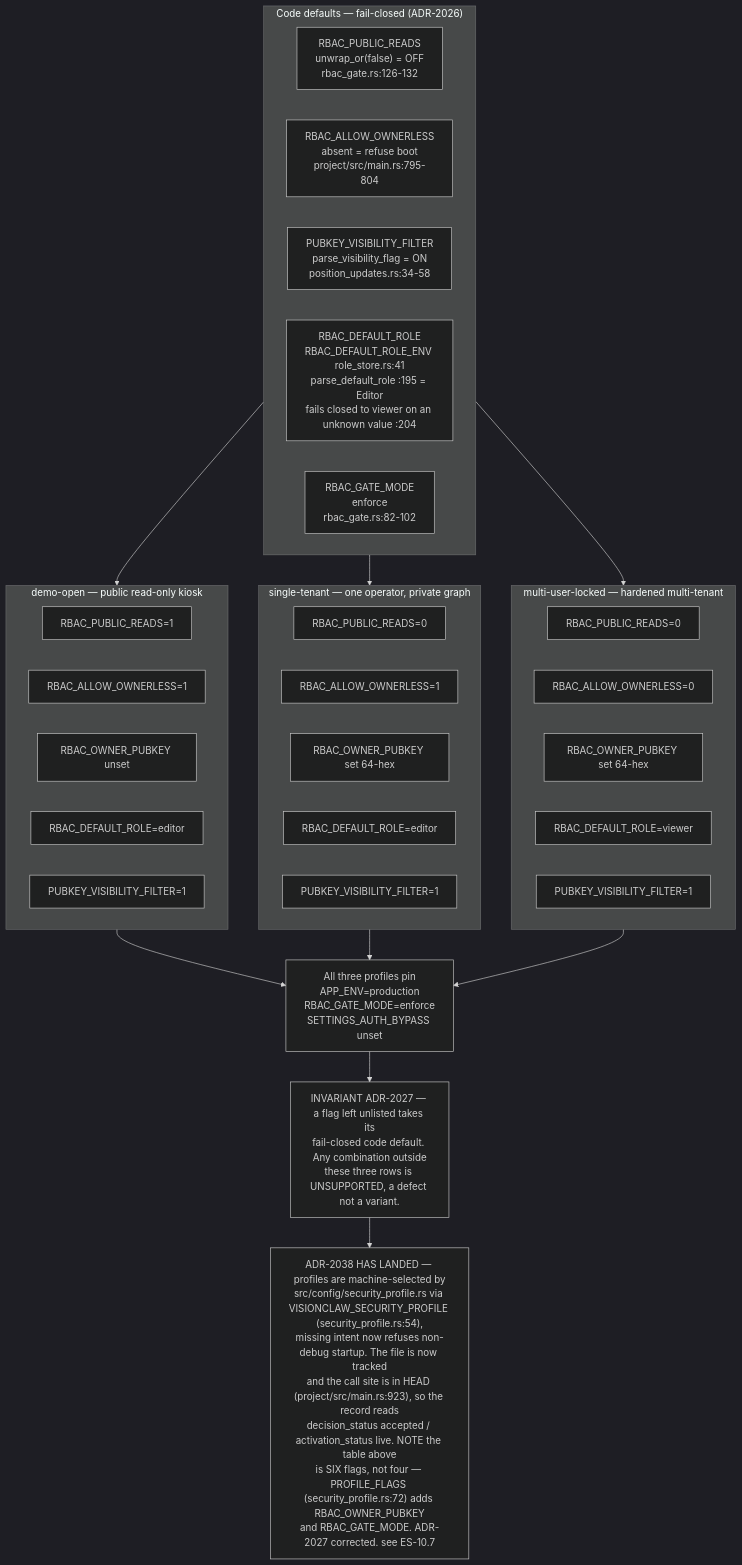
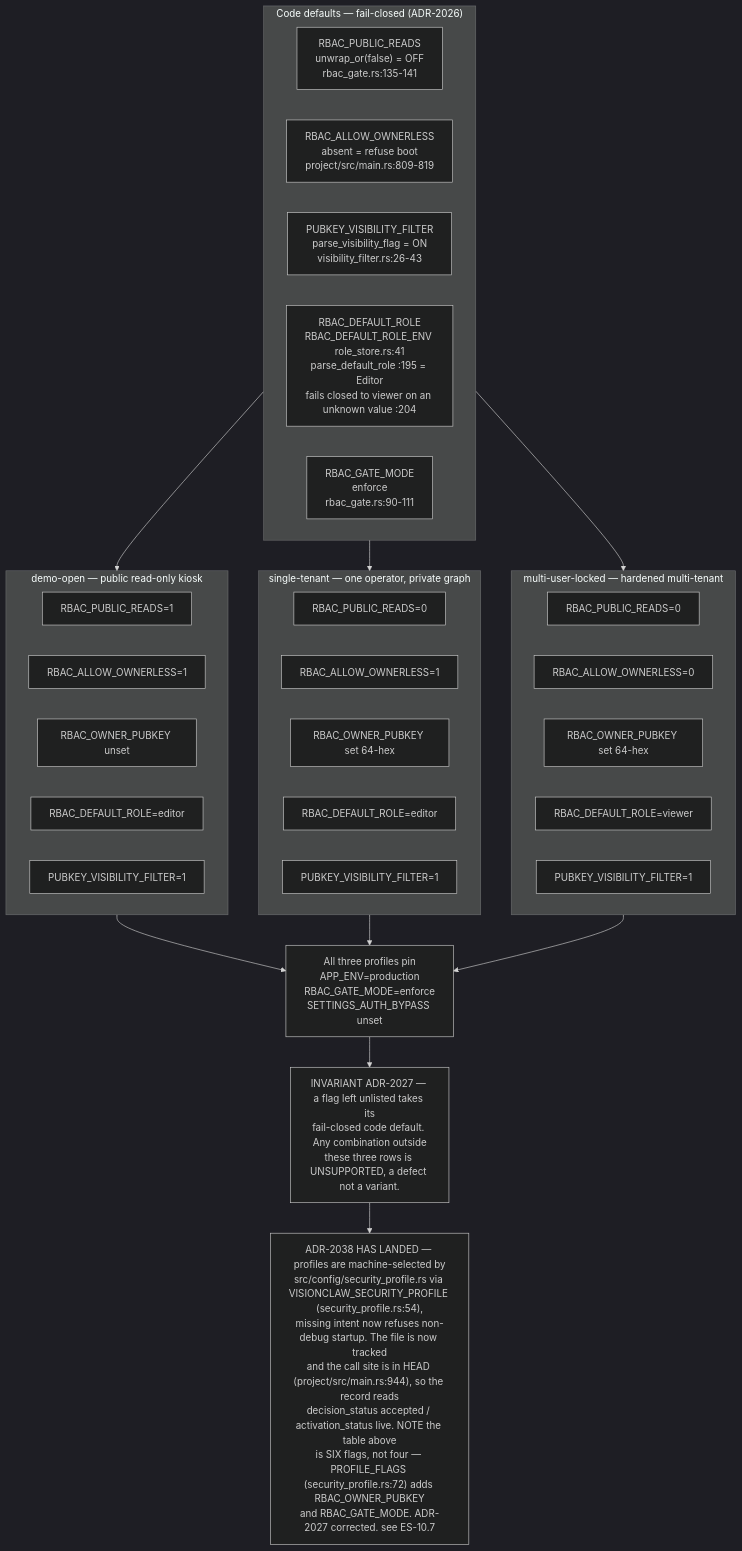
The first of 11 diagrams in docs/diagrams/estate/10-deployment-and-security-profiles.md (DreamLab-AI/VisionFlow), drawn with Mermaid (dark theme) before and after one commit. The commit also changed other lines of this file and 160 other files, not shown here.

````diff
--- a/docs/diagrams/estate/10-deployment-and-security-profiles.md
+++ b/docs/diagrams/estate/10-deployment-and-security-profiles.md
@@ -52,43 +54,43 @@
 ```mermaid
 flowchart TB
     subgraph code["Code defaults — fail-closed (ADR-2026)"]
-        CD1["RBAC_PUBLIC_READS<br/>unwrap_or(false) = OFF<br/>rbac_gate.rs:126-132"]
-        CD2["RBAC_ALLOW_OWNERLESS<br/>absent = refuse boot<br/>project/src/main.rs:795-804"]
-        CD3["PUBKEY_VISIBILITY_FILTER<br/>parse_visibility_flag = ON<br/>position_updates.rs:34-58"]
+        CD1["RBAC_PUBLIC_READS<br/>unwrap_or(false) = OFF<br/>rbac_gate.rs:135-141"]
+        CD2["RBAC_ALLOW_OWNERLESS<br/>absent = refuse boot<br/>project/src/main.rs:809-819"]
+        CD3["PUBKEY_VISIBILITY_FILTER<br/>parse_visibility_flag = ON<br/>visibility_filter.rs:26-43"]
         CD4["RBAC_DEFAULT_ROLE<br/>RBAC_DEFAULT_ROLE_ENV role_store.rs:41<br/>parse_default_role :195 = Editor<br/>fails closed to viewer on an unknown value :204"]
-        CD5["RBAC_GATE_MODE<br/>enforce<br/>rbac_gate.rs:82-102"]
+        CD5["RBAC_GATE_MODE<br/>enforce<br/>rbac_gate.rs:90-111"]
     end
     subgraph demo["demo-open — public read-only kiosk"]
         D1["RBAC_PUBLIC_READS=1"]
         D2["RBAC_ALLOW_OWNERLESS=1"]
         D3["RBAC_OWNER_PUBKEY unset"]
         D4["RBAC_DEFAULT_ROLE=editor"]
         D5["PUBKEY_VISIBILITY_FILTER=1"]
     end
     subgraph single["single-tenant — one operator, private graph"]
         S1["RBAC_PUBLIC_READS=0"]
         S2["RBAC_ALLOW_OWNERLESS=1"]
         S3["RBAC_OWNER_PUBKEY set 64-hex"]
         S4["RBAC_DEFAULT_ROLE=editor"]
         S5["PUBKEY_VISIBILITY_FILTER=1"]
     end
     subgraph locked["multi-user-locked — hardened multi-tenant"]
         L1["RBAC_PUBLIC_READS=0"]
         L2["RBAC_ALLOW_OWNERLESS=0"]
         L3["RBAC_OWNER_PUBKEY set 64-hex"]
         L4["RBAC_DEFAULT_ROLE=viewer"]
         L5["PUBKEY_VISIBILITY_FILTER=1"]
     end
     ALL["All three profiles pin<br/>APP_ENV=production<br/>RBAC_GATE_MODE=enforce<br/>SETTINGS_AUTH_BYPASS unset"]
     INV["INVARIANT ADR-2027 — a flag left unlisted takes its<br/>fail-closed code default. Any combination outside<br/>these three rows is UNSUPPORTED, a defect not a variant."]
-    DRIFT["ADR-2038 HAS LANDED — profiles are machine-selected by<br/>src/config/security_profile.rs via VISIONCLAW_SECURITY_PROFILE (security_profile.rs:54),<br/>missing intent now refuses non-debug startup. The file is now tracked<br/>and the call site is in HEAD (project/src/main.rs:923), so the record reads<br/>decision_status accepted / activation_status live. NOTE the table above<br/>is SIX flags, not four — PROFILE_FLAGS (security_profile.rs:72) adds RBAC_OWNER_PUBKEY<br/>and RBAC_GATE_MODE. ADR-2027 corrected. see ES-10.7"]
+    DRIFT["ADR-2038 HAS LANDED — profiles are machine-selected by<br/>src/config/security_profile.rs via VISIONCLAW_SECURITY_PROFILE (security_profile.rs:54),<br/>missing intent now refuses non-debug startup. The file is now tracked<br/>and the call site is in HEAD (project/src/main.rs:944), so the record reads<br/>decision_status accepted / activation_status live. NOTE the table above<br/>is SIX flags, not four — PROFILE_FLAGS (security_profile.rs:72) adds RBAC_OWNER_PUBKEY<br/>and RBAC_GATE_MODE. ADR-2027 corrected. see ES-10.7"]
 
     code --> demo
     code --> single
     code --> locked
     demo --> ALL
     single --> ALL
     locked --> ALL
     ALL --> INV
     INV --> DRIFT
 ```
````
